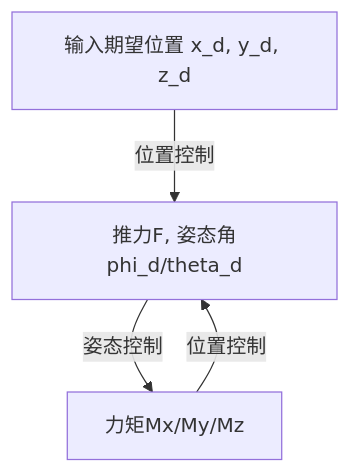
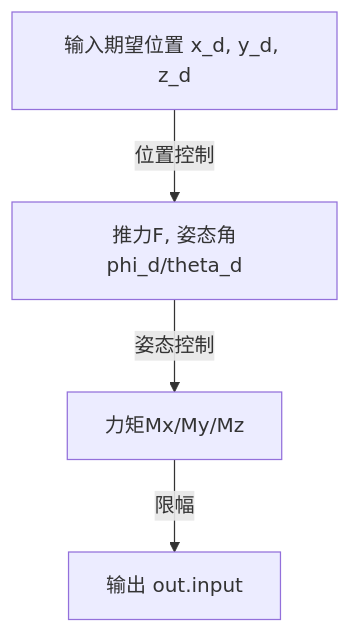
The second of 2 diagrams in 四旋翼无人机轨迹三维跟踪控制.md (chao-8xx/stackedit-app-data), drawn with Mermaid before and after one commit. The commit also changed other lines of this file, not shown here.

Commit message:
四旋翼无人机轨迹三维跟踪控制.md updated from https://stackedit.cn/

````diff
--- a/四旋翼无人机轨迹三维跟踪控制.md
+++ b/四旋翼无人机轨迹三维跟踪控制.md
@@ -223,9 +223,9 @@
 ```mermaid
    graph TD
     A[输入期望位置 x_d, y_d, z_d] --> |位置控制|C
     C[推力F, 姿态角phi_d/theta_d]
     C --> |姿态控制|E
     E[力矩Mx/My/Mz]
-    E --> |位置控制|C
-	
+    E --> |限幅|G
+	G[输出 out.input]
 ```
````
